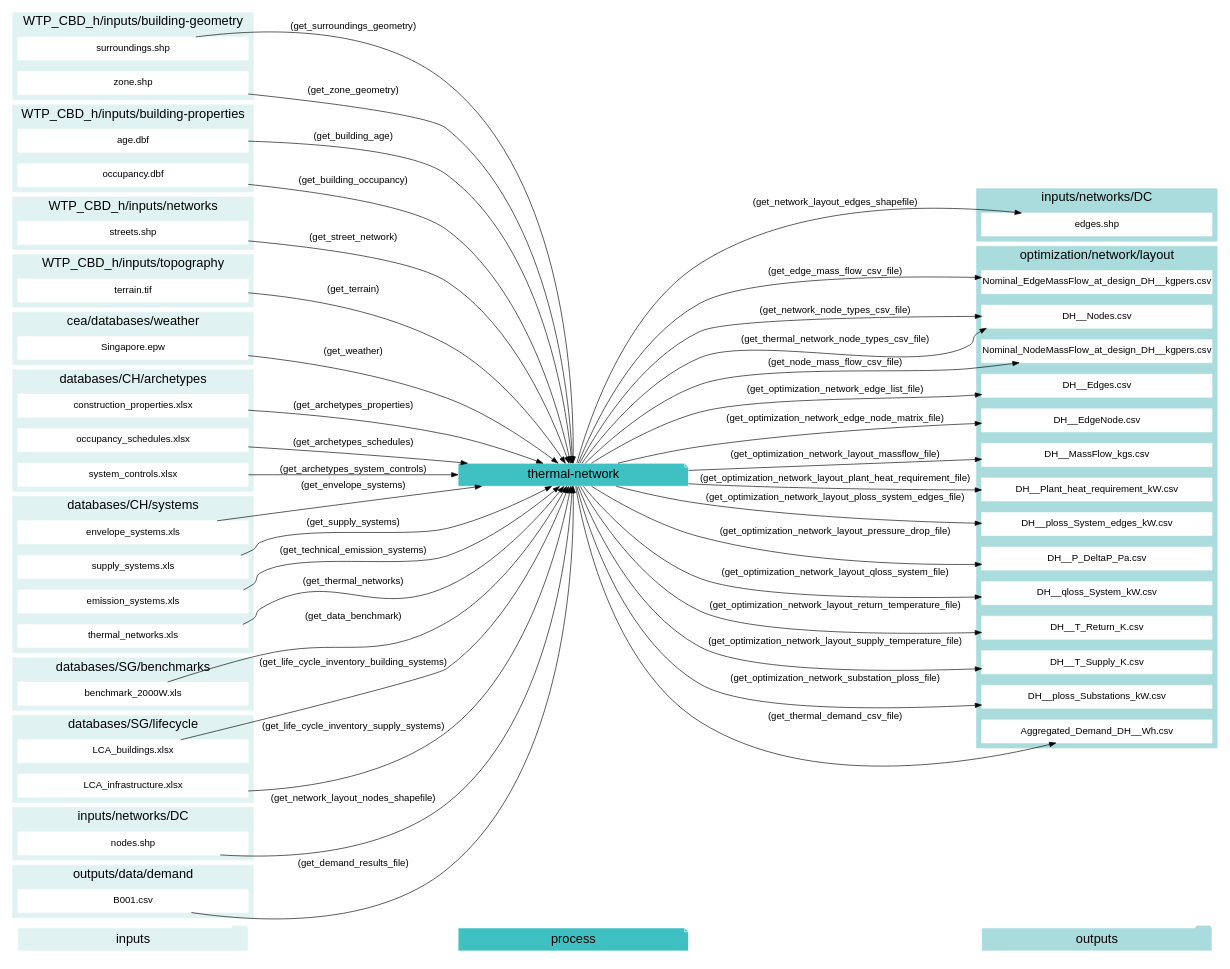
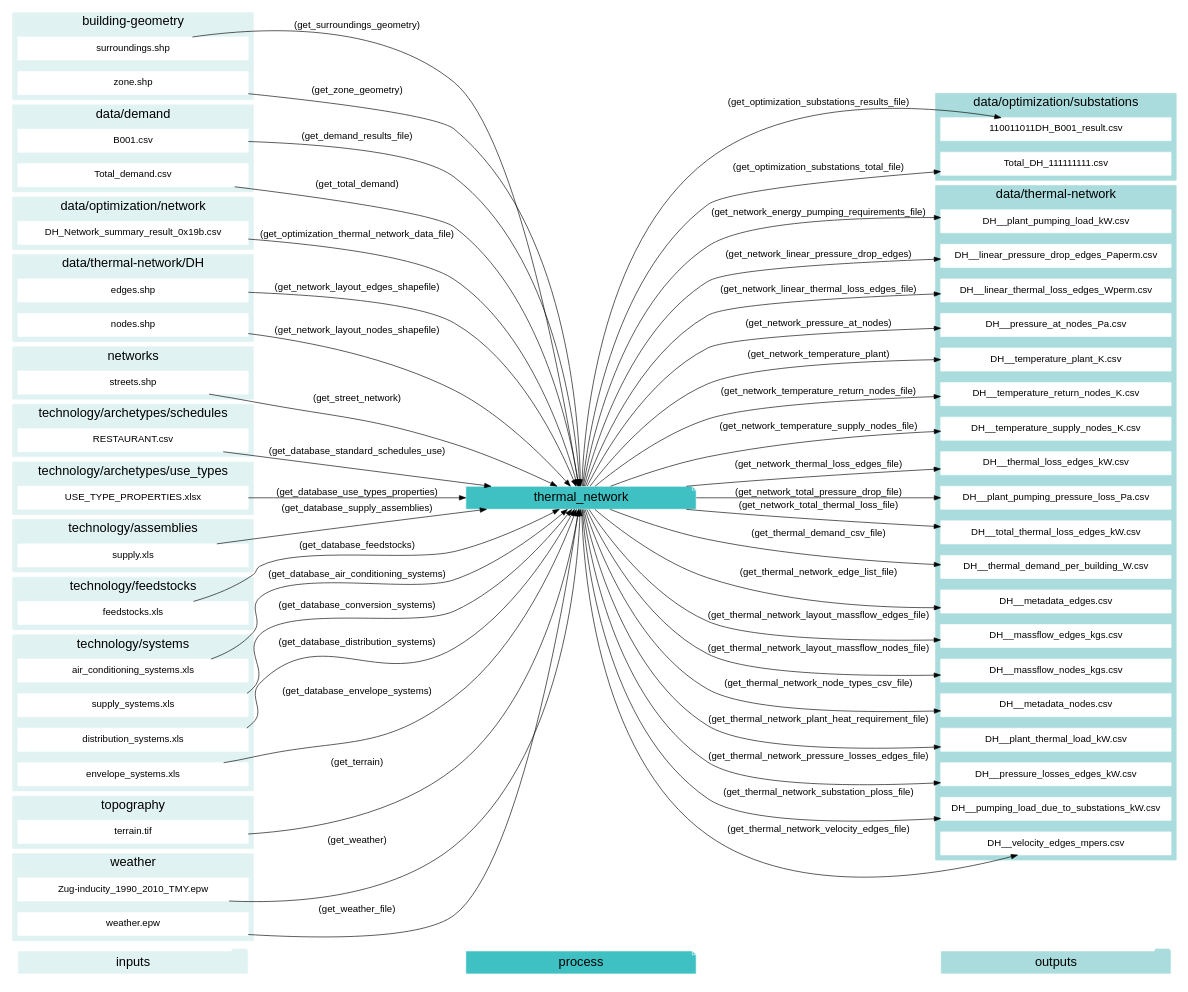
Before and after one commit to architecture-building-systems/CityEnergyAnalyst: diagram 12 of 20 in docs/script-data-flow.rst, drawn with Graphviz. The commit also changed other lines of this file and 24 other files, not shown here.

```diff
--- a/docs/script-data-flow.rst
+++ b/docs/script-data-flow.rst
@@ -855,13 +1624,13 @@
     "inputs"->"process"[style=invis]
     "process"->"outputs"[style=invis]
     }
-    "thermal-network"[style=filled, color=white, fillcolor="#3FC0C2", shape=note, fontsize=20, fontname=arial];
+    "thermal_network"[style=filled, color=white, fillcolor="#3FC0C2", shape=note, fontsize=20, fontname=arial];
     subgraph cluster_0_in {
         style = filled;
         color = "#E1F2F2";
         fontsize = 20;
         rank=same;
-        label="WTP_CBD_h/inputs/building-geometry";
+        label="building-geometry";
         "surroundings.shp"
         "zone.shp"
     }
@@ -870,151 +1639,168 @@
         color = "#E1F2F2";
         fontsize = 20;
         rank=same;
-        label="WTP_CBD_h/inputs/building-properties";
-        "age.dbf"
-        "occupancy.dbf"
+        label="data/demand";
+        "B001.csv"
+        "Total_demand.csv"
     }
     subgraph cluster_2_in {
         style = filled;
         color = "#E1F2F2";
         fontsize = 20;
         rank=same;
-        label="WTP_CBD_h/inputs/networks";
-        "streets.shp"
+        label="data/optimization/network";
+        "DH_Network_summary_result_0x19b.csv"
     }
-    subgraph cluster_3_in {
+    subgraph cluster_3_out {
         style = filled;
-        color = "#E1F2F2";
+        color = "#aadcdd";
         fontsize = 20;
         rank=same;
-        label="WTP_CBD_h/inputs/topography";
-        "terrain.tif"
+        label="data/optimization/substations";
+        "110011011DH_B001_result.csv"
+        "Total_DH_111111111.csv"
     }
-    subgraph cluster_4_in {
+    subgraph cluster_4_out {
         style = filled;
-        color = "#E1F2F2";
+        color = "#aadcdd";
         fontsize = 20;
         rank=same;
-        label="cea/databases/weather";
-        "Singapore.epw"
+        label="data/thermal-network";
+        "DH__plant_pumping_load_kW.csv"
+        "DH__linear_pressure_drop_edges_Paperm.csv"
+        "DH__linear_thermal_loss_edges_Wperm.csv"
+        "DH__pressure_at_nodes_Pa.csv"
+        "DH__temperature_plant_K.csv"
+        "DH__temperature_return_nodes_K.csv"
+        "DH__temperature_supply_nodes_K.csv"
+        "DH__thermal_loss_edges_kW.csv"
+        "DH__plant_pumping_pressure_loss_Pa.csv"
+        "DH__total_thermal_loss_edges_kW.csv"
+        "DH__thermal_demand_per_building_W.csv"
+        "DH__metadata_edges.csv"
+        "DH__massflow_edges_kgs.csv"
+        "DH__massflow_nodes_kgs.csv"
+        "DH__metadata_nodes.csv"
+        "DH__plant_thermal_load_kW.csv"
+        "DH__pressure_losses_edges_kW.csv"
+        "DH__pumping_load_due_to_substations_kW.csv"
+        "DH__velocity_edges_mpers.csv"
     }
     subgraph cluster_5_in {
         style = filled;
         color = "#E1F2F2";
         fontsize = 20;
         rank=same;
-        label="databases/CH/archetypes";
-        "construction_properties.xlsx"
-        "occupancy_schedules.xlsx"
-        "system_controls.xlsx"
+        label="data/thermal-network/DH";
+        "edges.shp"
+        "nodes.shp"
     }
     subgraph cluster_6_in {
         style = filled;
         color = "#E1F2F2";
         fontsize = 20;
         rank=same;
-        label="databases/CH/systems";
-        "envelope_systems.xls"
-        "supply_systems.xls"
-        "emission_systems.xls"
-        "thermal_networks.xls"
+        label="networks";
+        "streets.shp"
     }
     subgraph cluster_7_in {
         style = filled;
         color = "#E1F2F2";
         fontsize = 20;
         rank=same;
-        label="databases/SG/benchmarks";
-        "benchmark_2000W.xls"
+        label="technology/archetypes/schedules";
+        "RESTAURANT.csv"
     }
     subgraph cluster_8_in {
         style = filled;
         color = "#E1F2F2";
         fontsize = 20;
         rank=same;
-        label="databases/SG/lifecycle";
-        "LCA_buildings.xlsx"
-        "LCA_infrastructure.xlsx"
+        label="technology/archetypes/use_types";
+        "USE_TYPE_PROPERTIES.xlsx"
     }
     subgraph cluster_9_in {
         style = filled;
         color = "#E1F2F2";
         fontsize = 20;
         rank=same;
-        label="inputs/networks/DC";
-        "nodes.shp"
+        label="technology/assemblies";
+        "supply.xls"
     }
-    subgraph cluster_9_out {
+    subgraph cluster_10_in {
         style = filled;
-        color = "#aadcdd";
+        color = "#E1F2F2";
         fontsize = 20;
         rank=same;
-        label="inputs/networks/DC";
-        "edges.shp"
-    }
-    subgraph cluster_10_out {
-        style = filled;
-        color = "#aadcdd";
-        fontsize = 20;
-        rank=same;
-        label="optimization/network/layout";
-        "Nominal_EdgeMassFlow_at_design_DH__kgpers.csv"
-        "DH__Nodes.csv"
-        "Nominal_NodeMassFlow_at_design_DH__kgpers.csv"
-        "DH__Edges.csv"
-        "DH__EdgeNode.csv"
-        "DH__MassFlow_kgs.csv"
-        "DH__Plant_heat_requirement_kW.csv"
-        "DH__ploss_System_edges_kW.csv"
-        "DH__P_DeltaP_Pa.csv"
-        "DH__qloss_System_kW.csv"
-        "DH__T_Return_K.csv"
-        "DH__T_Supply_K.csv"
-        "DH__Nodes.csv"
-        "DH__ploss_Substations_kW.csv"
-        "Aggregated_Demand_DH__Wh.csv"
+        label="technology/feedstocks";
+        "feedstocks.xls"
     }
     subgraph cluster_11_in {
         style = filled;
         color = "#E1F2F2";
         fontsize = 20;
         rank=same;
-        label="outputs/data/demand";
-        "B001.csv"
+        label="technology/systems";
+        "air_conditioning_systems.xls"
+        "supply_systems.xls"
+        "distribution_systems.xls"
+        "envelope_systems.xls"
     }
-    "construction_properties.xlsx" -> "thermal-network"[label="(get_archetypes_properties)"]
-    "occupancy_schedules.xlsx" -> "thermal-network"[label="(get_archetypes_schedules)"]
-    "system_controls.xlsx" -> "thermal-network"[label="(get_archetypes_system_controls)"]
-    "age.dbf" -> "thermal-network"[label="(get_building_age)"]
-    "occupancy.dbf" -> "thermal-network"[label="(get_building_occupancy)"]
-    "benchmark_2000W.xls" -> "thermal-network"[label="(get_data_benchmark)"]
-    "B001.csv" -> "thermal-network"[label="(get_demand_results_file)"]
-    "surroundings.shp" -> "thermal-network"[label="(get_surroundings_geometry)"]
-    "envelope_systems.xls" -> "thermal-network"[label="(get_envelope_systems)"]
-    "LCA_buildings.xlsx" -> "thermal-network"[label="(get_life_cycle_inventory_building_systems)"]
-    "LCA_infrastructure.xlsx" -> "thermal-network"[label="(get_life_cycle_inventory_supply_systems)"]
-    "nodes.shp" -> "thermal-network"[label="(get_network_layout_nodes_shapefile)"]
-    "streets.shp" -> "thermal-network"[label="(get_street_network)"]
-    "supply_systems.xls" -> "thermal-network"[label="(get_supply_systems)"]
-    "emission_systems.xls" -> "thermal-network"[label="(get_technical_emission_systems)"]
-    "terrain.tif" -> "thermal-network"[label="(get_terrain)"]
-    "thermal_networks.xls" -> "thermal-network"[label="(get_thermal_networks)"]
-    "Singapore.epw" -> "thermal-network"[label="(get_weather)"]
-    "zone.shp" -> "thermal-network"[label="(get_zone_geometry)"]
-    "thermal-network" -> "Nominal_EdgeMassFlow_at_design_DH__kgpers.csv"[label="(get_edge_mass_flow_csv_file)"]
-    "thermal-network" -> "edges.shp"[label="(get_network_layout_edges_shapefile)"]
-    "thermal-network" -> "DH__Nodes.csv"[label="(get_network_node_types_csv_file)"]
-    "thermal-network" -> "Nominal_NodeMassFlow_at_design_DH__kgpers.csv"[label="(get_node_mass_flow_csv_file)"]
-    "thermal-network" -> "DH__Edges.csv"[label="(get_optimization_network_edge_list_file)"]
-    "thermal-network" -> "DH__EdgeNode.csv"[label="(get_optimization_network_edge_node_matrix_file)"]
-    "thermal-network" -> "DH__MassFlow_kgs.csv"[label="(get_optimization_network_layout_massflow_file)"]
-    "thermal-network" -> "DH__Plant_heat_requirement_kW.csv"[label="(get_optimization_network_layout_plant_heat_requirement_file)"]
-    "thermal-network" -> "DH__ploss_System_edges_kW.csv"[label="(get_optimization_network_layout_ploss_system_edges_file)"]
-    "thermal-network" -> "DH__P_DeltaP_Pa.csv"[label="(get_optimization_network_layout_pressure_drop_file)"]
-    "thermal-network" -> "DH__qloss_System_kW.csv"[label="(get_optimization_network_layout_qloss_system_file)"]
-    "thermal-network" -> "DH__T_Return_K.csv"[label="(get_optimization_network_layout_return_temperature_file)"]
-    "thermal-network" -> "DH__T_Supply_K.csv"[label="(get_optimization_network_layout_supply_temperature_file)"]
-    "thermal-network" -> "DH__Nodes.csv"[label="(get_thermal_network_node_types_csv_file)"]
-    "thermal-network" -> "DH__ploss_Substations_kW.csv"[label="(get_optimization_network_substation_ploss_file)"]
-    "thermal-network" -> "Aggregated_Demand_DH__Wh.csv"[label="(get_thermal_demand_csv_file)"]
+    subgraph cluster_12_in {
+        style = filled;
+        color = "#E1F2F2";
+        fontsize = 20;
+        rank=same;
+        label="topography";
+        "terrain.tif"
     }
+    subgraph cluster_13_in {
+        style = filled;
+        color = "#E1F2F2";
+        fontsize = 20;
+        rank=same;
+        label="weather";
+        "Zug-inducity_1990_2010_TMY.epw"
+        "weather.epw"
+    }
+    "air_conditioning_systems.xls" -> "thermal_network"[label="(get_database_air_conditioning_systems)"]
+    "supply_systems.xls" -> "thermal_network"[label="(get_database_conversion_systems)"]
+    "distribution_systems.xls" -> "thermal_network"[label="(get_database_distribution_systems)"]
+    "envelope_systems.xls" -> "thermal_network"[label="(get_database_envelope_systems)"]
+    "feedstocks.xls" -> "thermal_network"[label="(get_database_feedstocks)"]
+    "RESTAURANT.csv" -> "thermal_network"[label="(get_database_standard_schedules_use)"]
+    "supply.xls" -> "thermal_network"[label="(get_database_supply_assemblies)"]
+    "USE_TYPE_PROPERTIES.xlsx" -> "thermal_network"[label="(get_database_use_types_properties)"]
+    "B001.csv" -> "thermal_network"[label="(get_demand_results_file)"]
+    "edges.shp" -> "thermal_network"[label="(get_network_layout_edges_shapefile)"]
+    "nodes.shp" -> "thermal_network"[label="(get_network_layout_nodes_shapefile)"]
+    "DH_Network_summary_result_0x19b.csv" -> "thermal_network"[label="(get_optimization_thermal_network_data_file)"]
+    "streets.shp" -> "thermal_network"[label="(get_street_network)"]
+    "surroundings.shp" -> "thermal_network"[label="(get_surroundings_geometry)"]
+    "terrain.tif" -> "thermal_network"[label="(get_terrain)"]
+    "Total_demand.csv" -> "thermal_network"[label="(get_total_demand)"]
+    "Zug-inducity_1990_2010_TMY.epw" -> "thermal_network"[label="(get_weather)"]
+    "weather.epw" -> "thermal_network"[label="(get_weather_file)"]
+    "zone.shp" -> "thermal_network"[label="(get_zone_geometry)"]
+    "thermal_network" -> "DH__plant_pumping_load_kW.csv"[label="(get_network_energy_pumping_requirements_file)"]
+    "thermal_network" -> "DH__linear_pressure_drop_edges_Paperm.csv"[label="(get_network_linear_pressure_drop_edges)"]
+    "thermal_network" -> "DH__linear_thermal_loss_edges_Wperm.csv"[label="(get_network_linear_thermal_loss_edges_file)"]
+    "thermal_network" -> "DH__pressure_at_nodes_Pa.csv"[label="(get_network_pressure_at_nodes)"]
+    "thermal_network" -> "DH__temperature_plant_K.csv"[label="(get_network_temperature_plant)"]
+    "thermal_network" -> "DH__temperature_return_nodes_K.csv"[label="(get_network_temperature_return_nodes_file)"]
+    "thermal_network" -> "DH__temperature_supply_nodes_K.csv"[label="(get_network_temperature_supply_nodes_file)"]
+    "thermal_network" -> "DH__thermal_loss_edges_kW.csv"[label="(get_network_thermal_loss_edges_file)"]
+    "thermal_network" -> "DH__plant_pumping_pressure_loss_Pa.csv"[label="(get_network_total_pressure_drop_file)"]
+    "thermal_network" -> "DH__total_thermal_loss_edges_kW.csv"[label="(get_network_total_thermal_loss_file)"]
+    "thermal_network" -> "110011011DH_B001_result.csv"[label="(get_optimization_substations_results_file)"]
+    "thermal_network" -> "Total_DH_111111111.csv"[label="(get_optimization_substations_total_file)"]
+    "thermal_network" -> "DH__thermal_demand_per_building_W.csv"[label="(get_thermal_demand_csv_file)"]
+    "thermal_network" -> "DH__metadata_edges.csv"[label="(get_thermal_network_edge_list_file)"]
+    "thermal_network" -> "DH__massflow_edges_kgs.csv"[label="(get_thermal_network_layout_massflow_edges_file)"]
+    "thermal_network" -> "DH__massflow_nodes_kgs.csv"[label="(get_thermal_network_layout_massflow_nodes_file)"]
+    "thermal_network" -> "DH__metadata_nodes.csv"[label="(get_thermal_network_node_types_csv_file)"]
+    "thermal_network" -> "DH__plant_thermal_load_kW.csv"[label="(get_thermal_network_plant_heat_requirement_file)"]
+    "thermal_network" -> "DH__pressure_losses_edges_kW.csv"[label="(get_thermal_network_pressure_losses_edges_file)"]
+    "thermal_network" -> "DH__pumping_load_due_to_substations_kW.csv"[label="(get_thermal_network_substation_ploss_file)"]
+    "thermal_network" -> "DH__velocity_edges_mpers.csv"[label="(get_thermal_network_velocity_edges_file)"]
+    }
```
